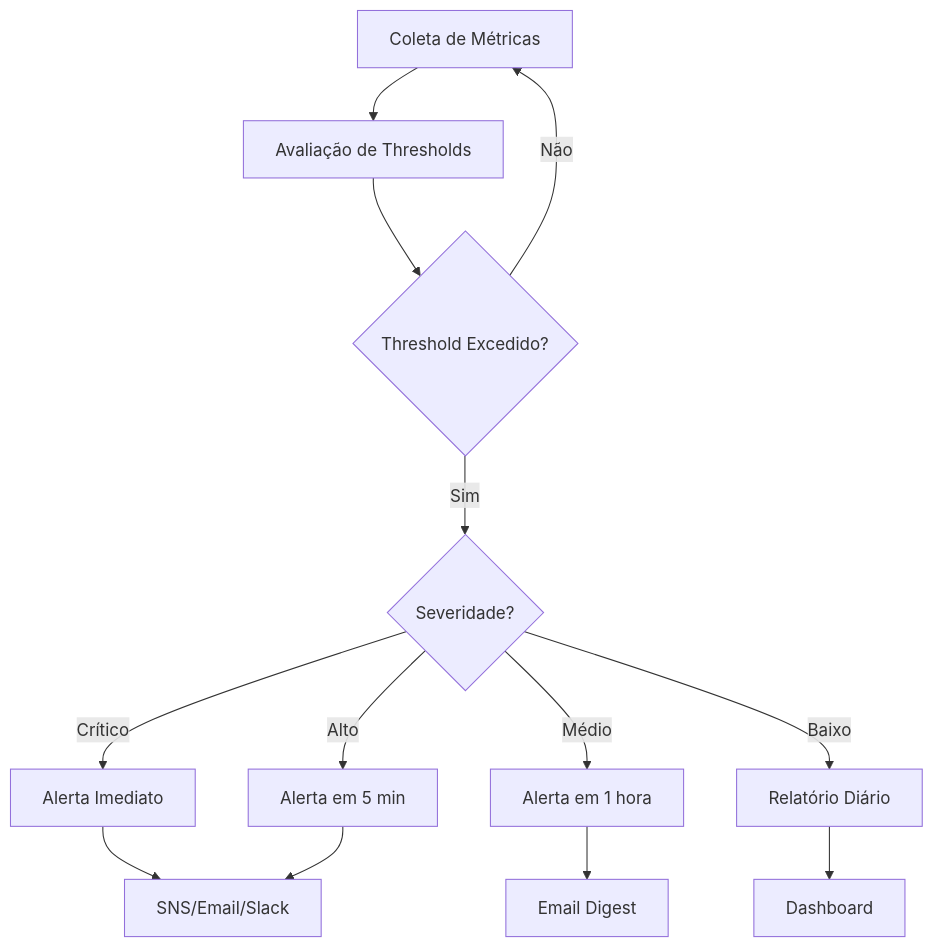
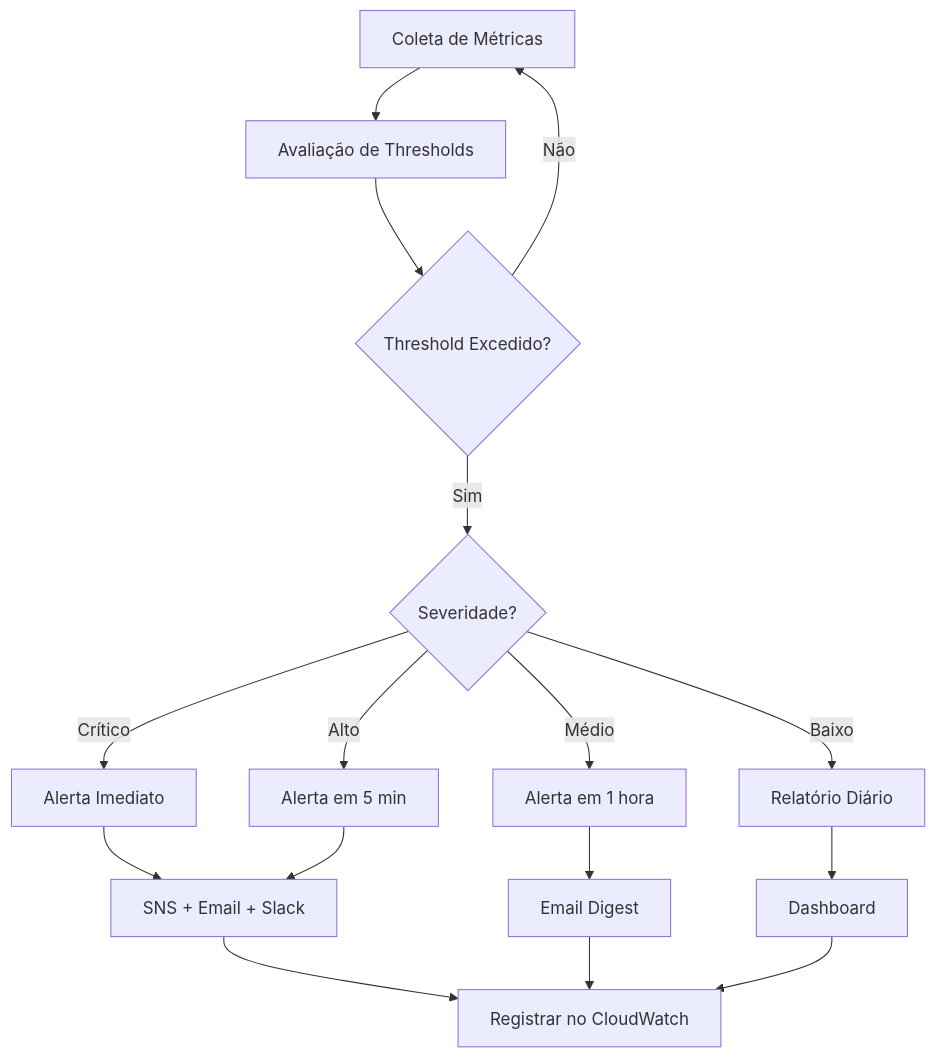
One commit to FELIPEACASTRO/finops-aws-bdr changed the tenth of 13 diagrams in docs/FUNCTIONAL_GUIDE.md. Above: the diagram before and after it, drawn with Mermaid. The commit also changed other lines of this file and 6 other files, not shown here.

````diff
--- a/docs/FUNCTIONAL_GUIDE.md
+++ b/docs/FUNCTIONAL_GUIDE.md
@@ -473,17 +888,21 @@
 ```mermaid
 flowchart TD
     A[Coleta de Métricas] --> B[Avaliação de Thresholds]
     B --> C{Threshold Excedido?}
     C -->|Não| A
     C -->|Sim| D{Severidade?}
     
     D -->|Crítico| E[Alerta Imediato]
     D -->|Alto| F[Alerta em 5 min]
     D -->|Médio| G[Alerta em 1 hora]
     D -->|Baixo| H[Relatório Diário]
     
-    E --> I[SNS/Email/Slack]
+    E --> I[SNS + Email + Slack]
     F --> I
     G --> J[Email Digest]
     H --> K[Dashboard]
+    
+    I --> L[Registrar no CloudWatch]
+    J --> L
+    K --> L
 ```
````
